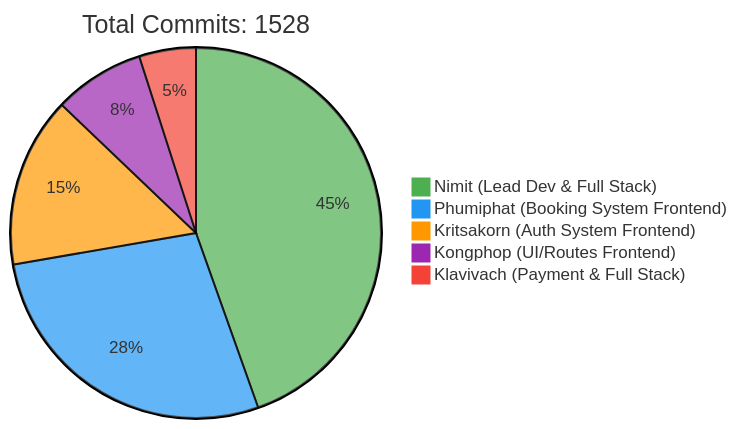
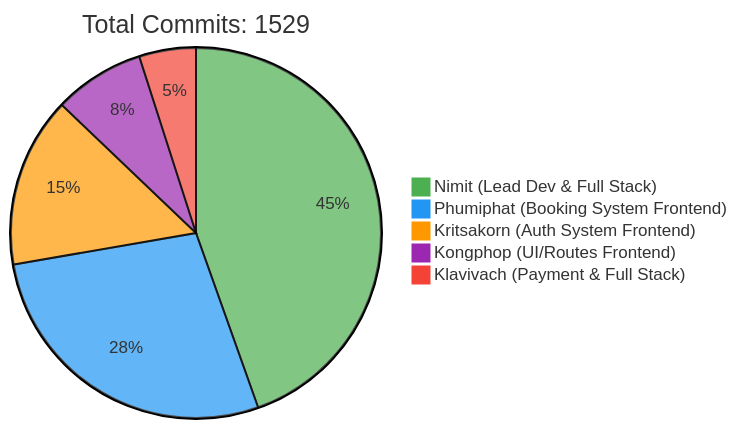
Before and after one commit to 6531503042/Sport-Complex: the first of 2 diagrams in README.md, drawn with Mermaid. The commit also changed other lines of this file, not shown here.

Commit message:
docs: Update contributor statistics [skip ci]

````diff
--- a/README.md
+++ b/README.md
@@ -257,10 +257,10 @@
 ```mermaid
 %%{init: {'theme': 'base', 'themeVariables': { 'pie1': '#4CAF50', 'pie2': '#2196F3', 'pie3': '#FF9800', 'pie4': '#9C27B0', 'pie5': '#F44336'}}}%%
 pie
-    title Total Commits: 1528
+    title Total Commits: 1529
     "Nimit (Lead Dev & Full Stack)" : 450
     "Phumiphat (Booking System Frontend)" : 280
     "Kritsakorn (Auth System Frontend)" : 150
     "Kongphop (UI/Routes Frontend)" : 80
     "Klavivach (Payment & Full Stack)" : 50
 ```
````
